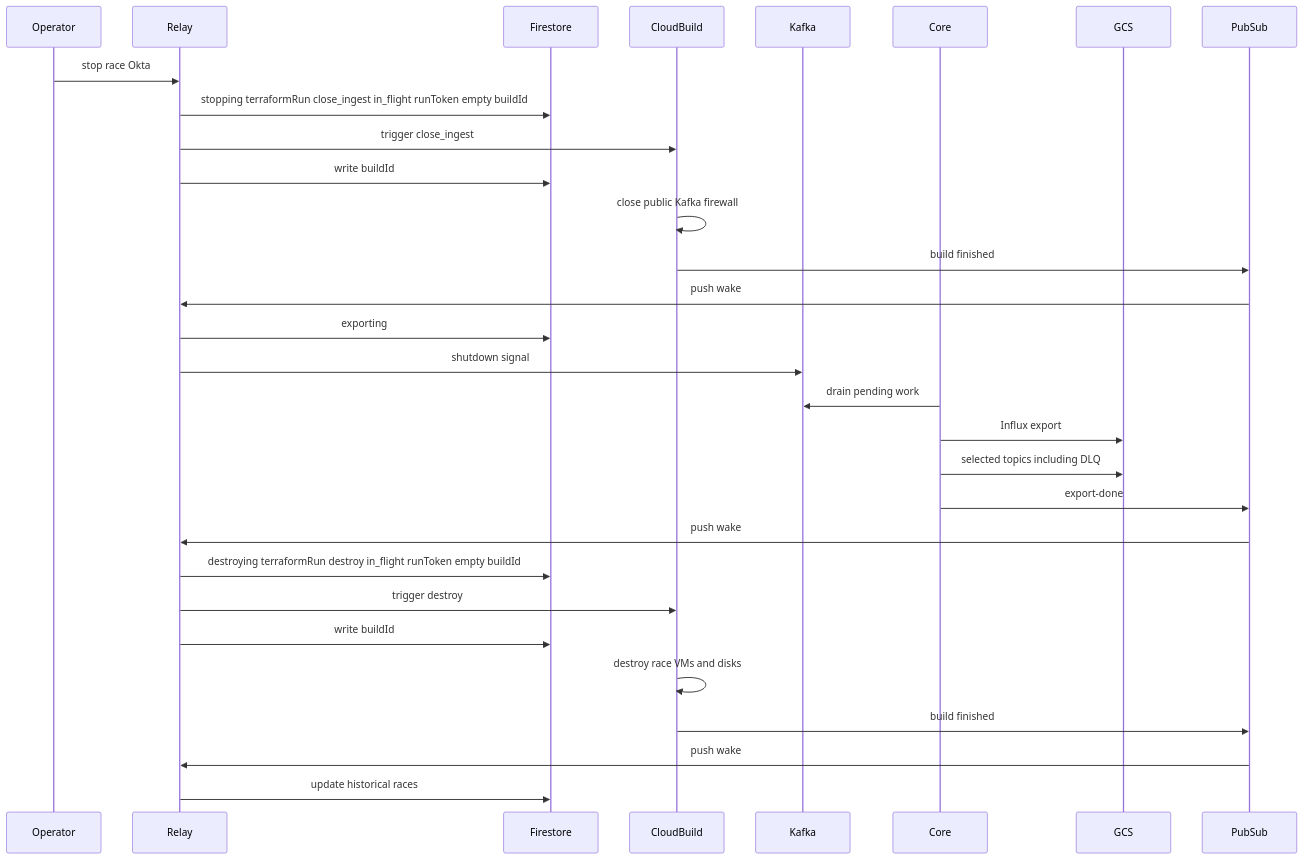
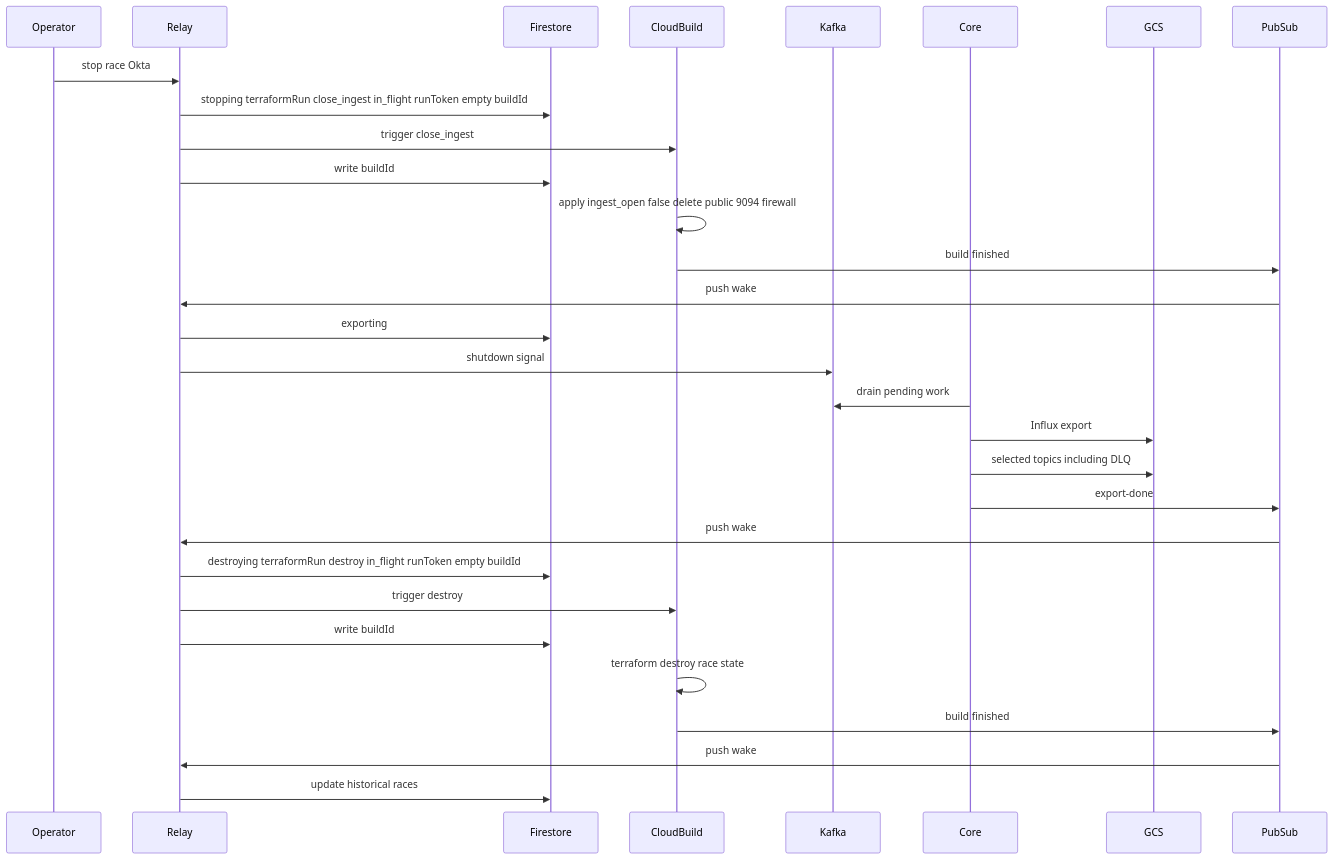
The diagram in docs/flow-race_destruction.md (ChronoRacer/chronoracer), drawn with Mermaid before and after one commit. The commit also changed other lines of this file and 20 other files, not shown here.

````diff
--- a/docs/flow-race_destruction.md
+++ b/docs/flow-race_destruction.md
@@ -29,33 +15,33 @@
 ```mermaid
 sequenceDiagram
   participant Op as Operator
   participant Relay
   participant FS as Firestore
   participant CB as CloudBuild
   participant Kafka
   participant Core
   participant GCS
   participant PS as PubSub
 
   Op->>Relay: stop race Okta
   Relay->>FS: stopping terraformRun close_ingest in_flight runToken empty buildId
   Relay->>CB: trigger close_ingest
   Relay->>FS: write buildId
-  CB->>CB: close public Kafka firewall
+  CB->>CB: apply ingest_open false delete public 9094 firewall
   CB->>PS: build finished
   PS->>Relay: push wake
   Relay->>FS: exporting
   Relay->>Kafka: shutdown signal
   Core->>Kafka: drain pending work
   Core->>GCS: Influx export
   Core->>GCS: selected topics including DLQ
   Core->>PS: export-done
   PS->>Relay: push wake
   Relay->>FS: destroying terraformRun destroy in_flight runToken empty buildId
   Relay->>CB: trigger destroy
   Relay->>FS: write buildId
-  CB->>CB: destroy race VMs and disks
+  CB->>CB: terraform destroy race state
   CB->>PS: build finished
   PS->>Relay: push wake
   Relay->>FS: update historical races
 ```
````
